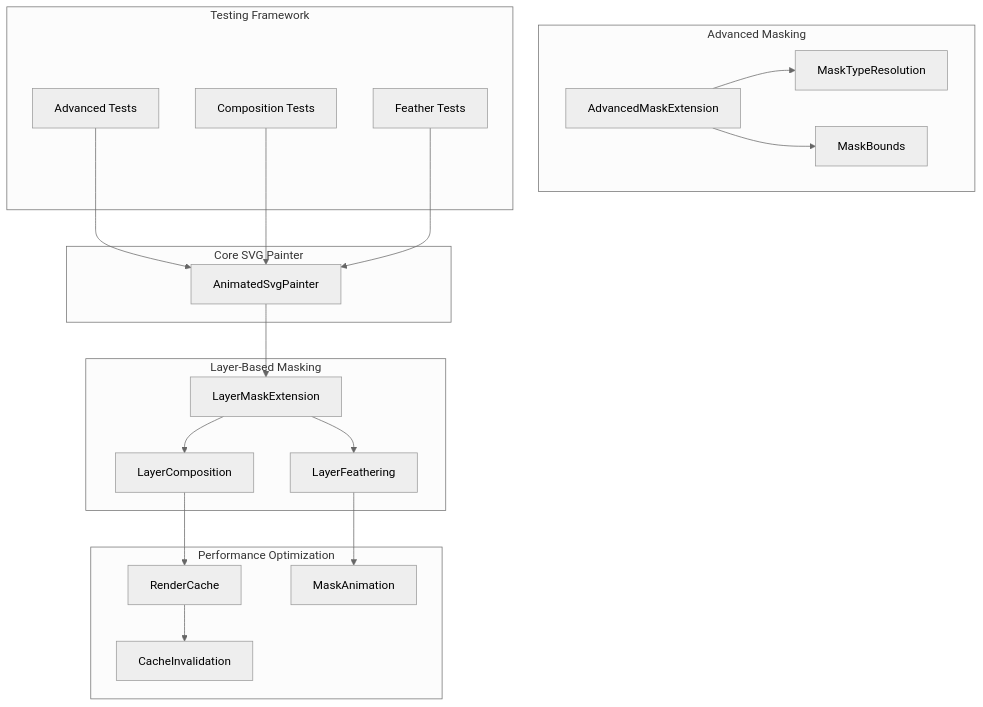
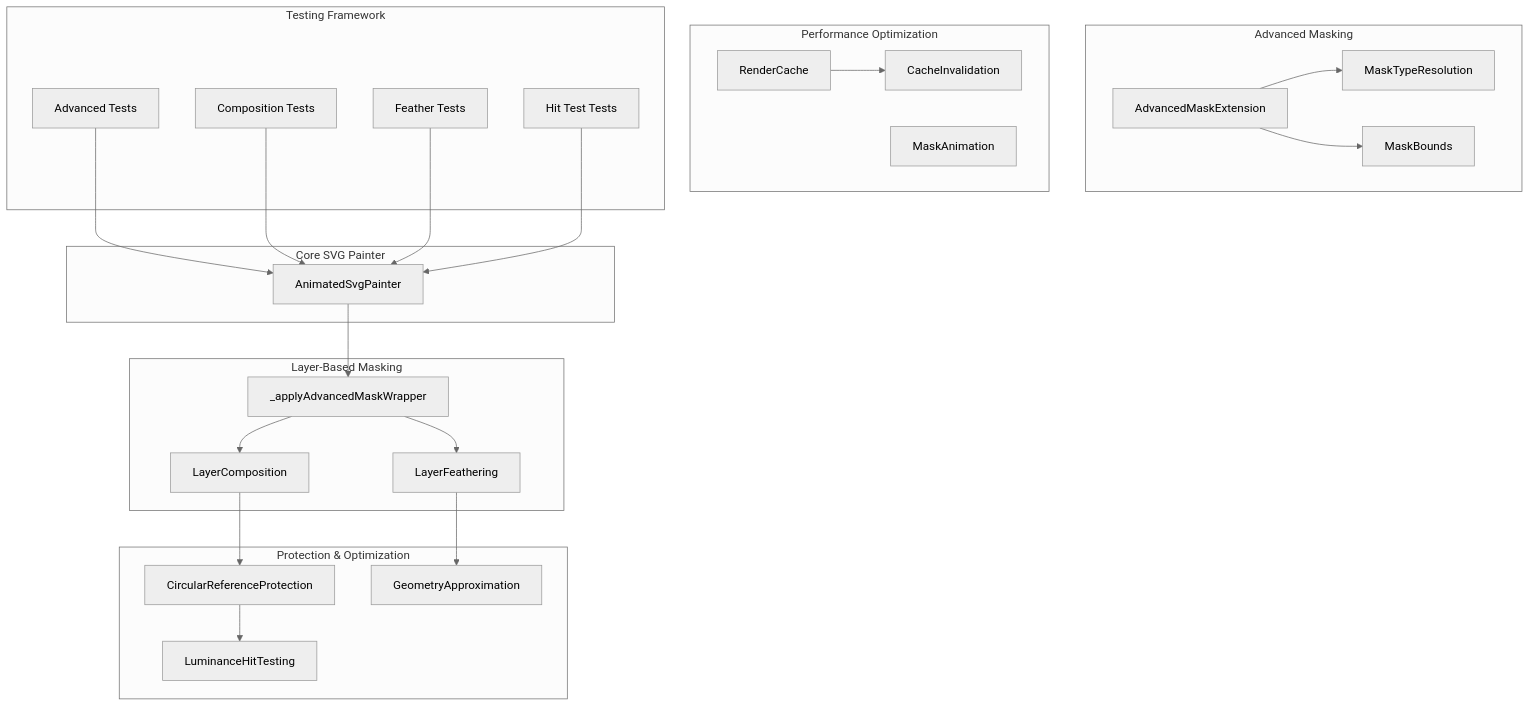
One commit to denisnadey/flutter_full_svg_support changed the first of 8 diagrams in .qoder/repowiki/en/content/Animated SVG Support/Advanced Animation Features/SVG Filters and Effects/Advanced Clipping and Masking System.md. Above: the diagram before and after it, drawn with Mermaid (neutral theme). The commit also changed other lines of this file and 15 other files, not shown here.

First line of the commit message:
feat(masking): enhance advanced mask hit testing and layer-based masking system

````diff
--- a/.qoder/repowiki/en/content/Animated SVG Support/Advanced Animation Features/SVG Filters and Effects/Advanced Clipping and Masking System.md
+++ b/.qoder/repowiki/en/content/Animated SVG Support/Advanced Animation Features/SVG Filters and Effects/Advanced Clipping and Masking System.md
@@ -53,37 +57,45 @@
 ```mermaid
 graph TB
 subgraph "Core SVG Painter"
 AP[AnimatedSvgPainter]
 end
 subgraph "Layer-Based Masking"
-LM[LayerMaskExtension]
+LM[_applyAdvancedMaskWrapper]
 LC[LayerComposition]
 LF[LayerFeathering]
 end
 subgraph "Advanced Masking"
 AM[AdvancedMaskExtension]
 MT[MaskTypeResolution]
 MB[MaskBounds]
+end
+subgraph "Protection & Optimization"
+CR[CircularReferenceProtection]
+GAP[GeometryApproximation]
+LHT[LuminanceHitTesting]
 end
 subgraph "Performance Optimization"
 RC[RenderCache]
 MA[MaskAnimation]
 CF[CacheInvalidation]
 end
 subgraph "Testing Framework"
 AT[Advanced Tests]
 CT[Composition Tests]
 FT[Feather Tests]
+HT[Hit Test Tests]
 end
 AP --> LM
 LM --> LC
 LM --> LF
 AM --> MT
 AM --> MB
-LC --> RC
-LF --> MA
+LC --> CR
+LF --> GAP
+CR --> LHT
 RC --> CF
 AT --> AP
 CT --> AP
 FT --> AP
+HT --> AP
 ```
````
